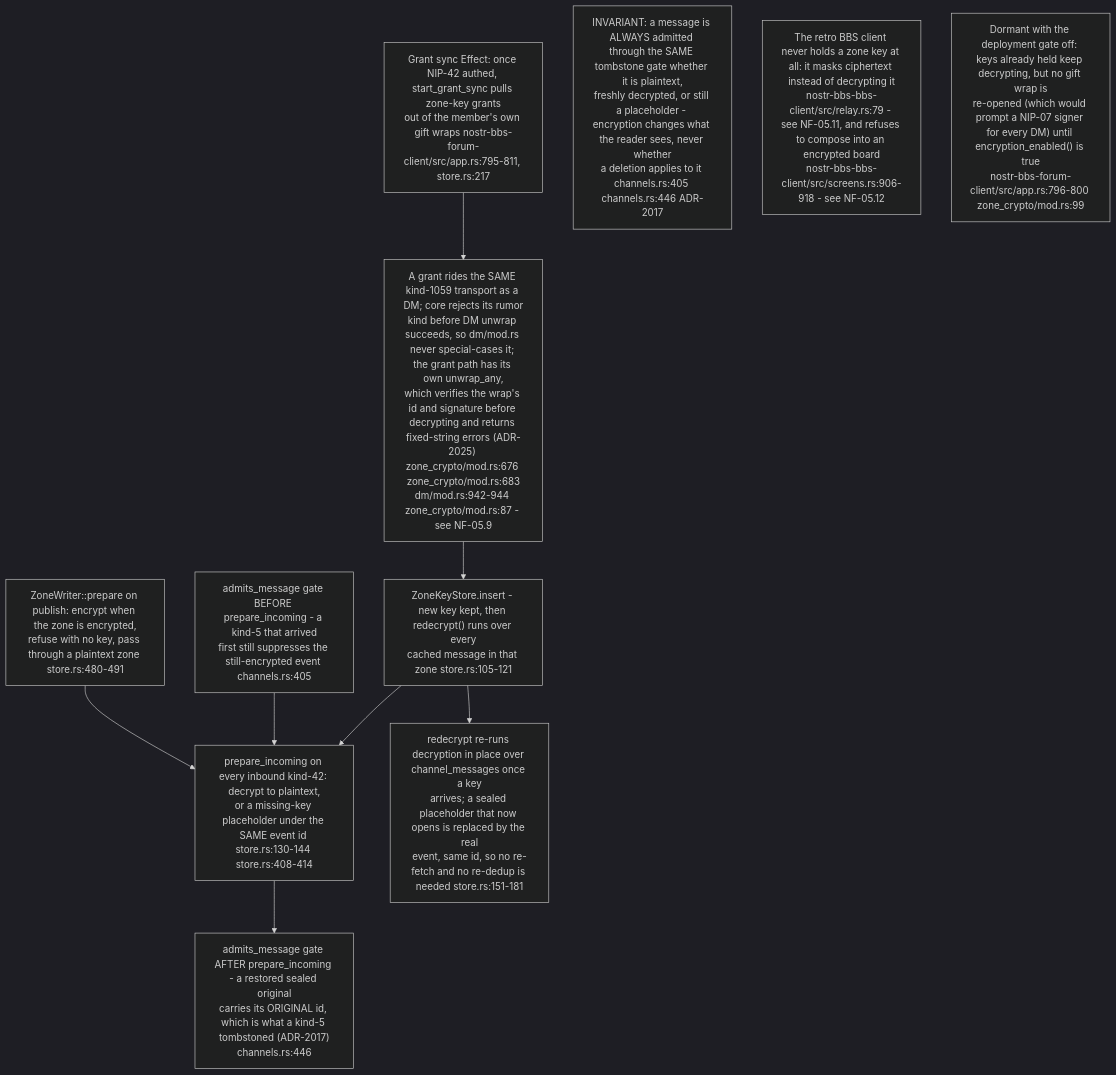
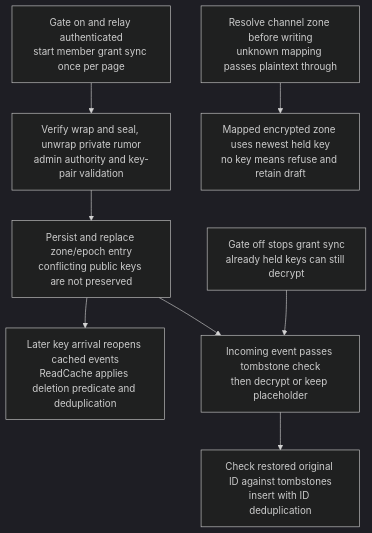
Before and after one commit to DreamLab-AI/VisionFlow: diagram 16 of 17 in docs/diagrams/nostr-rust-forum/05-leptos-clients-onboarding-messaging-governance.md, drawn with Mermaid (dark theme). The commit also changed other lines of this file and 47 other files, not shown here.

Commit message:
docs(audit): assess zone-key rotation, delivery and recovery

````diff
--- a/docs/diagrams/nostr-rust-forum/05-leptos-clients-onboarding-messaging-governance.md
+++ b/docs/diagrams/nostr-rust-forum/05-leptos-clients-onboarding-messaging-governance.md
@@ -516,21 +518,26 @@
 ```mermaid
 flowchart TB
-    GRANT["Grant sync Effect: once NIP-42 authed, start_grant_sync pulls zone-key grants<br/>out of the member's own gift wraps nostr-bbs-forum-client/src/app.rs:795-811, store.rs:217"]
-    DISP["A grant rides the SAME kind-1059 transport as a DM; core rejects its rumor<br/>kind before DM unwrap succeeds, so dm/mod.rs never special-cases it; the grant path has its own unwrap_any,<br/>which verifies the wrap's id and signature before decrypting and returns fixed-string errors (ADR-2025) zone_crypto/mod.rs:676 zone_crypto/mod.rs:683<br/>dm/mod.rs:942-944 zone_crypto/mod.rs:87 - see NF-05.9"]
-    KEYSTORE["ZoneKeyStore.insert - new key kept, then redecrypt() runs over every<br/>cached message in that zone store.rs:105-121"]
-    WRITE["ZoneWriter::prepare on publish: encrypt when the zone is encrypted,<br/>refuse with no key, pass through a plaintext zone store.rs:480-491"]
-    INGEST["prepare_incoming on every inbound kind-42: decrypt to plaintext,<br/>or a missing-key placeholder under the SAME event id store.rs:130-144 store.rs:408-414"]
-    TOMB1["admits_message gate BEFORE prepare_incoming - a kind-5 that arrived<br/>first still suppresses the still-encrypted event channels.rs:405"]
-    TOMB2["admits_message gate AFTER prepare_incoming - a restored sealed original<br/>carries its ORIGINAL id, which is what a kind-5 tombstoned (ADR-2017)<br/>channels.rs:446"]
-    REDECRYPT["redecrypt re-runs decryption in place over channel_messages once a key<br/>arrives; a sealed placeholder that now opens is replaced by the real<br/>event, same id, so no re-fetch and no re-dedup is needed store.rs:151-181"]
-
-    GRANT --> DISP --> KEYSTORE --> REDECRYPT
-    WRITE --> INGEST
-    INGEST --> TOMB2
-    TOMB1 --> INGEST
-    KEYSTORE --> INGEST
-
-    N1["INVARIANT: a message is ALWAYS admitted through the SAME tombstone gate whether it is plaintext,<br/>freshly decrypted, or still a placeholder - encryption changes what the reader sees, never whether<br/>a deletion applies to it channels.rs:405 channels.rs:446 ADR-2017"]
-    N2["The retro BBS client never holds a zone key at all: it masks ciphertext instead of decrypting it<br/>nostr-bbs-bbs-client/src/relay.rs:79 - see NF-05.11, and refuses to compose into an encrypted board<br/>nostr-bbs-bbs-client/src/screens.rs:906-918 - see NF-05.12"]
-    N3["Dormant with the deployment gate off: keys already held keep decrypting, but no gift wrap is<br/>re-opened (which would prompt a NIP-07 signer for every DM) until encryption_enabled() is true<br/>nostr-bbs-forum-client/src/app.rs:796-800 zone_crypto/mod.rs:99"]
+    %% Source: ../nostr-rust-forum/crates/nostr-bbs-forum-client/src/app.rs:795
+    G["Gate on and relay authenticated<br/>start member grant sync once per page"]
+    %% Source: ../nostr-rust-forum/crates/nostr-bbs-forum-client/src/zone_crypto/mod.rs:676
+    V["Verify wrap and seal, unwrap private rumor<br/>admin authority and key-pair validation"]
+    %% Source: ../nostr-rust-forum/crates/nostr-bbs-forum-client/src/zone_crypto/store.rs:279
+    K["Persist and replace zone/epoch entry<br/>conflicting public keys are not preserved"]
+    %% Source: ../nostr-rust-forum/crates/nostr-bbs-forum-client/src/zone_crypto/store.rs:458
+    W["Resolve channel zone before writing<br/>unknown mapping passes plaintext through"]
+    %% Source: ../nostr-rust-forum/crates/nostr-bbs-forum-client/src/zone_crypto/mod.rs:568
+    E["Mapped encrypted zone uses newest held key<br/>no key means refuse and retain draft"]
+    %% Source: ../nostr-rust-forum/crates/nostr-bbs-forum-client/src/stores/channels.rs:405
+    T["Incoming event passes tombstone check<br/>then decrypt or keep placeholder"]
+    %% Source: ../nostr-rust-forum/crates/nostr-bbs-forum-client/src/stores/channels.rs:446
+    I["Check restored original ID against tombstones<br/>insert with ID deduplication"]
+    %% Source: ../nostr-rust-forum/crates/nostr-bbs-forum-client/src/zone_crypto/store.rs:163
+    R["Later key arrival reopens cached events<br/>ReadCache applies deletion predicate and deduplication"]
+    %% Source: ../nostr-rust-forum/crates/nostr-bbs-forum-client/src/app.rs:796
+    O["Gate off stops grant sync<br/>already held keys can still decrypt"]
+    G --> V --> K --> R
+    W --> E
+    T --> I
+    K --> T
+    O --> T
 ```
````
